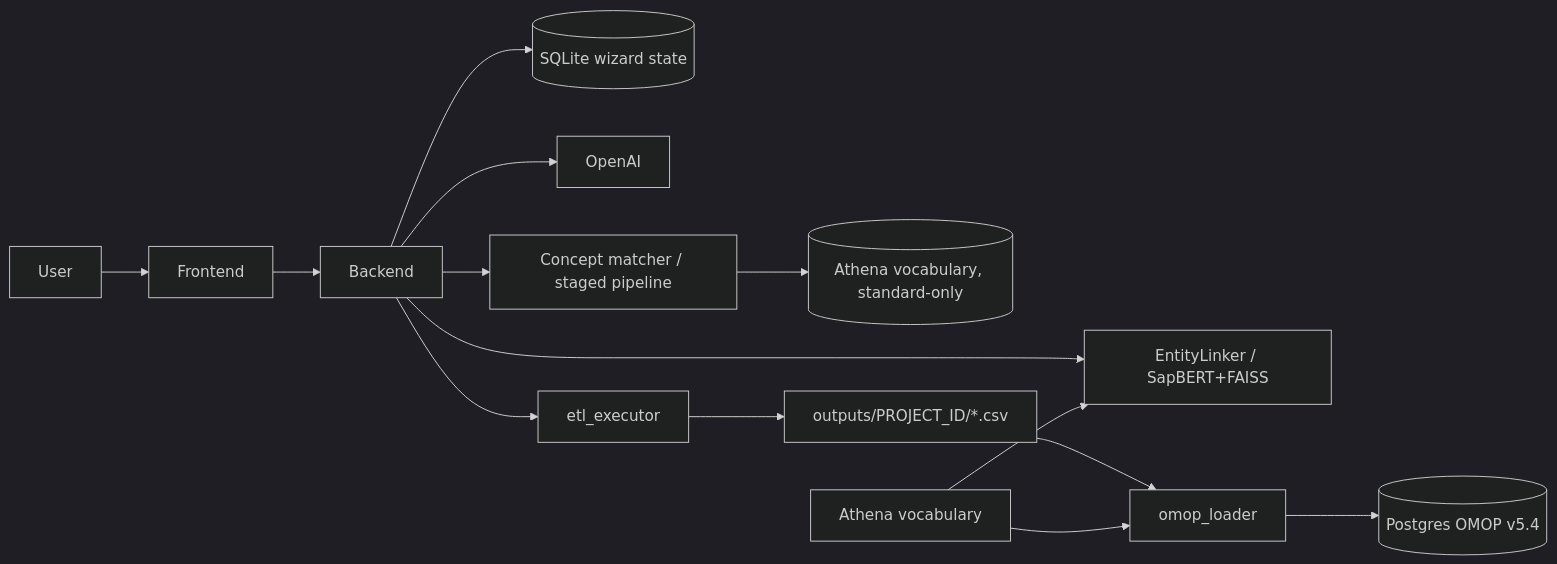
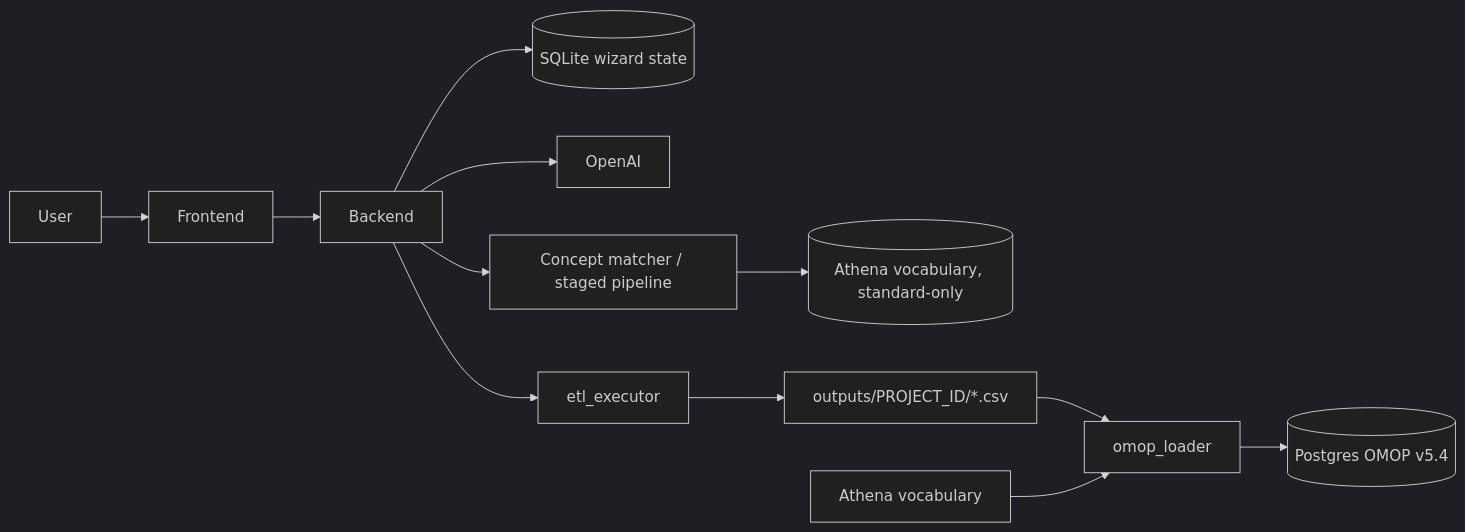
Before and after one commit to manoshatzak27/ETL_auto_designer: the diagram in README.md, drawn with Mermaid (dark theme). The commit also changed other lines of this file and 35 other files, not shown here.

First line of the commit message:
refactor(concepts): replace EntityLinker with the concept matcher

````diff
--- a/README.md
+++ b/README.md
@@ -13,16 +13,14 @@
 ```mermaid
 flowchart LR
   User --> Frontend
   Frontend --> Backend
   Backend --> SQLite[(SQLite wizard state)]
   Backend --> OpenAI
-  Backend --> EntityLinker[EntityLinker / SapBERT+FAISS]
   Backend --> ConceptMatcher[Concept matcher / staged pipeline]
   ConceptMatcher --> VocabDb[(Athena vocabulary, standard-only)]
   Backend --> Executor[etl_executor]
   Executor --> Outputs[outputs/PROJECT_ID/*.csv]
   Outputs --> Loader[omop_loader]
   Loader --> Postgres[(Postgres OMOP v5.4)]
   VocabBundle[Athena vocabulary] --> Loader
-  VocabBundle --> EntityLinker
 ```
````
